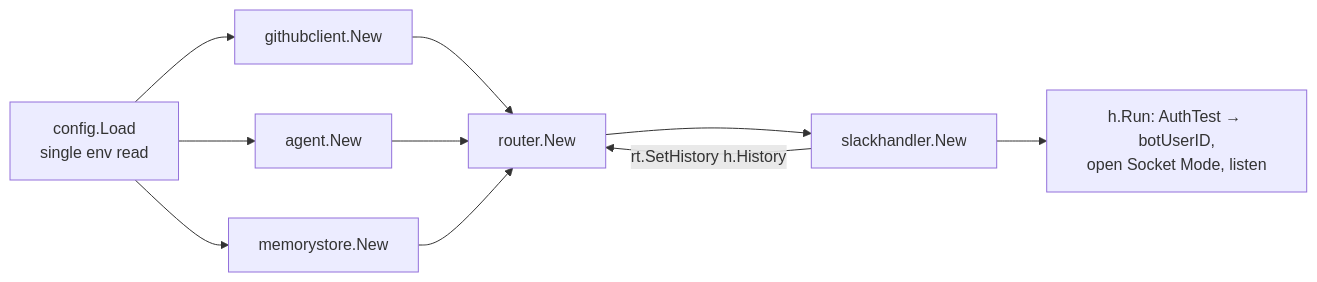
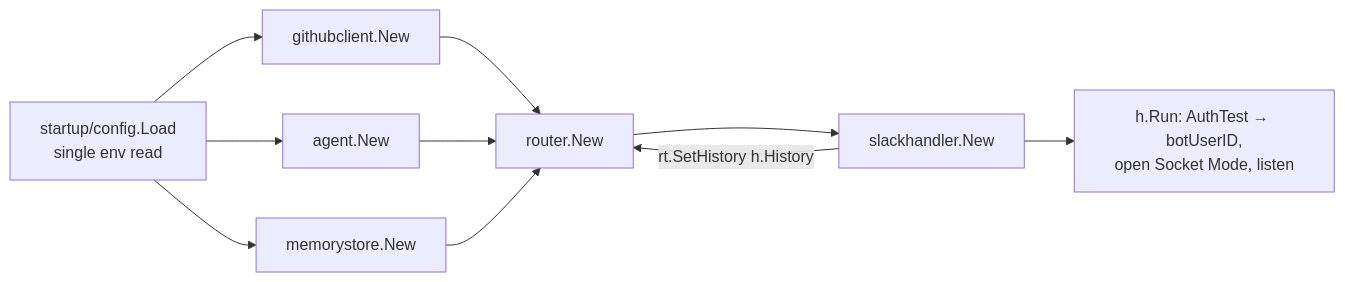
One commit to hetsaraiya/spores changed the first of 5 diagrams in ARCHITECTURE.md. Above: the diagram before and after it, drawn with Mermaid. The commit also changed other lines of this file and 13 other files, not shown here.

````diff
--- a/ARCHITECTURE.md
+++ b/ARCHITECTURE.md
@@ -14,10 +14,10 @@
 ```mermaid
 flowchart LR
-    ENV[config.Load\nsingle env read] --> GH[githubclient.New]
+    ENV[startup/config.Load\nsingle env read] --> GH[githubclient.New]
     ENV --> AG[agent.New]
     ENV --> MS[memorystore.New]
     GH & AG & MS --> RT[router.New]
     RT --> SH[slackhandler.New]
     SH -->|rt.SetHistory h.History| RT
     SH --> RUN[h.Run: AuthTest → botUserID,\nopen Socket Mode, listen]
 ```
````
